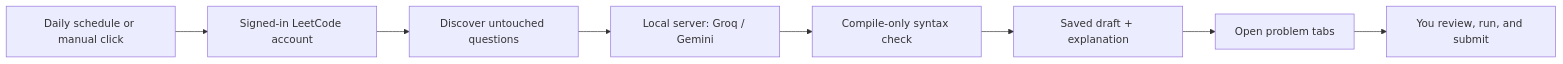
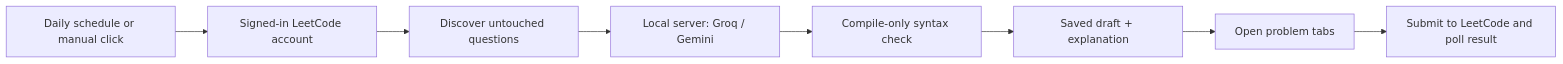
The diagram in README.md (kvianAR/Code_Solver-ai-agent), drawn with Mermaid before and after one commit. The commit also changed other lines of this file and 9 other files, not shown here.

````diff
--- a/README.md
+++ b/README.md
@@ -34,10 +34,10 @@
 ```mermaid
 flowchart LR
     A[Daily schedule or manual click] --> B[Signed-in LeetCode account]
     B --> C[Discover untouched questions]
     C --> D[Local server: Groq / Gemini]
     D --> E[Compile-only syntax check]
     E --> F[Saved draft + explanation]
     F --> G[Open problem tabs]
-    G --> H[You review, run, and submit]
+    G --> H[Submit to LeetCode and poll result]
 ```
````
